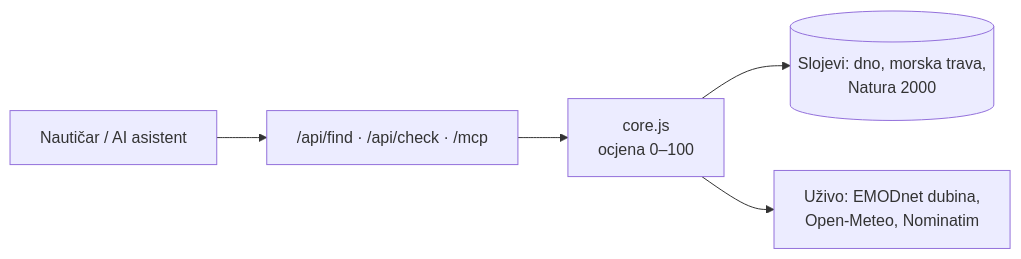
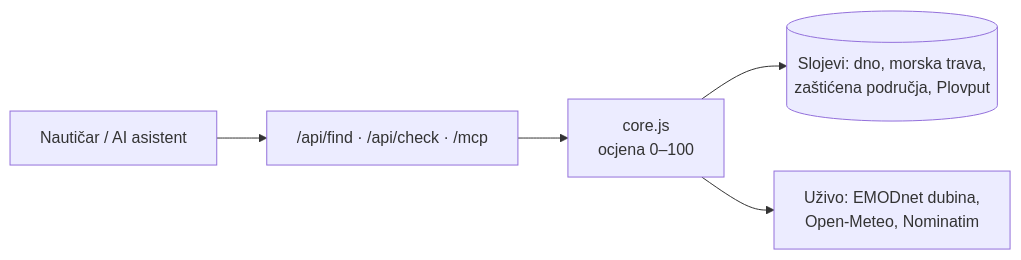
The diagram in README.md (LovroBlagic/sigurno-sidriste), drawn with Mermaid before and after one commit. The commit also changed other lines of this file and 9 other files, not shown here.

First line of the commit message:
Podaci s data.gov.hr: zaštićena područja i Plovputove oznake; izvori s poveznicama i izjava o AI alatima

````diff
--- a/README.md
+++ b/README.md
@@ -29,7 +31,7 @@
 ```mermaid
 flowchart LR
   K[Nautičar / AI asistent] --> A["/api/find · /api/check · /mcp"]
   A --> E[core.js<br/>ocjena 0–100]
-  E --> S[(Slojevi: dno, morska trava,<br/>Natura 2000)]
+  E --> S[(Slojevi: dno, morska trava,<br/>zaštićena područja, Plovput)]
   E --> L[Uživo: EMODnet dubina,<br/>Open-Meteo, Nominatim]
 ```
````
